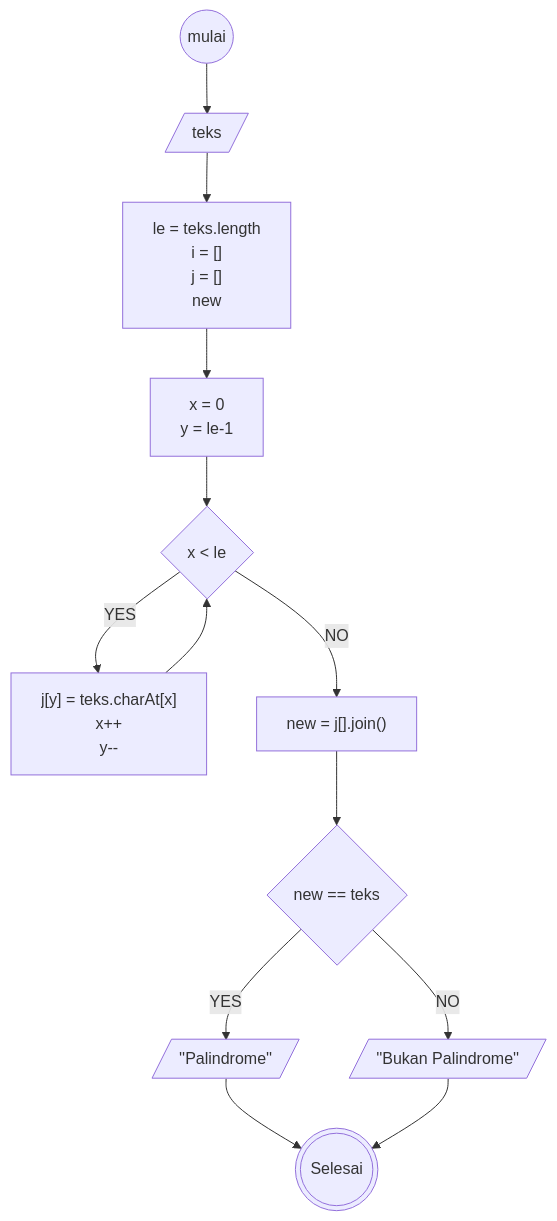
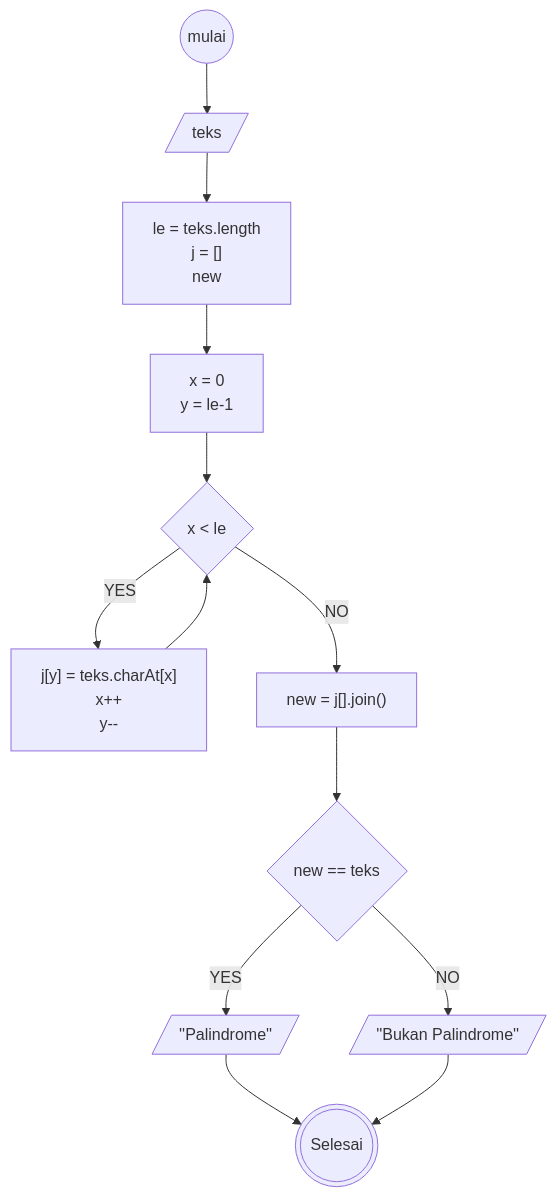
Before and after one commit to mdavindarinaldy/fgo24-weeklytask1: the first of 2 diagrams in wt1-algoritma.md, drawn with Mermaid.

````diff
--- a/wt1-algoritma.md
+++ b/wt1-algoritma.md
@@ -22,28 +22,27 @@
 ```mermaid
 flowchart TD
 A((mulai))
 B[/teks/]
 C@{shape:rect, label: "le = teks.length
-i = []
 j = []
 new"}
 D[x = 0
 y = le-1]
 E{x < le}
 F@{shape:rect, label: "j[y] = teks.charAt[x]
 x++
 y--
 "}
 G@{shape: rect, label: "new = j[].join()"}
 H{new == teks}
 I[/''Palindrome''/]
 J[/''Bukan Palindrome''/]
 K(((Selesai)))
 
 A --> B --> C --> D --> E --YES--> F --> E
 E --NO--> G --> H --YES--> I 
 H --NO--> J 
 I & J --> K
 
 
 ```
````
